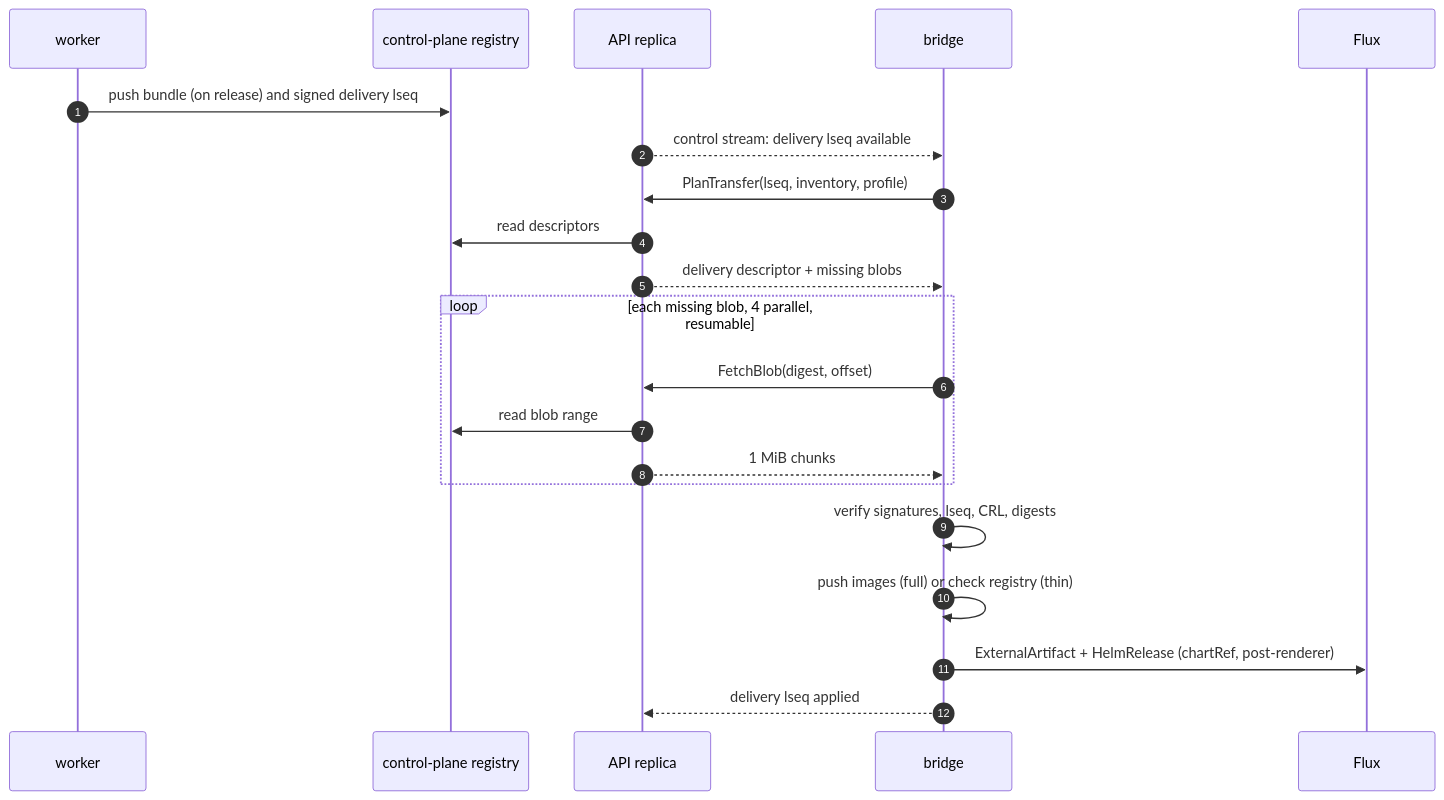
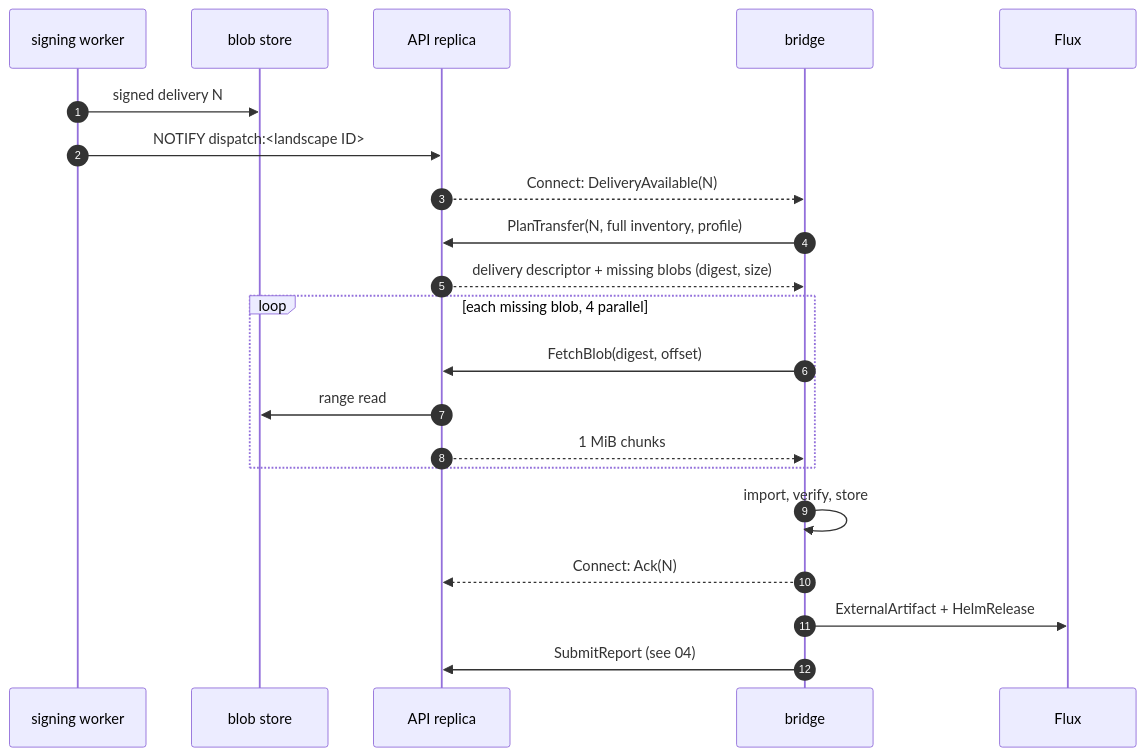
Before and after one commit to nirnanaaa/konfidence: the diagram in docs/design/03-bundles-and-transfer.md, drawn with Mermaid. The commit also changed other lines of this file and 12 other files, not shown here.

Commit message:
docs(design): apply adversarial review, add roadmap and ADR-0001

````diff
--- a/docs/design/03-bundles-and-transfer.md
+++ b/docs/design/03-bundles-and-transfer.md
@@ -209,23 +146,23 @@
 ```mermaid
 sequenceDiagram
     autonumber
-    participant W as worker
-    participant R as control-plane registry
+    participant S as signing worker
+    participant BS as blob store
     participant A as API replica
     participant B as bridge
     participant F as Flux
-    W->>R: push bundle (on release) and signed delivery lseq
-    A-->>B: control stream: delivery lseq available
-    B->>A: PlanTransfer(lseq, inventory, profile)
-    A->>R: read descriptors
-    A-->>B: delivery descriptor + missing blobs
-    loop each missing blob, 4 parallel, resumable
+    S->>BS: signed delivery N
+    S->>A: NOTIFY dispatch:<landscape ID>
+    A-->>B: Connect: DeliveryAvailable(N)
+    B->>A: PlanTransfer(N, full inventory, profile)
+    A-->>B: delivery descriptor + missing blobs (digest, size)
+    loop each missing blob, 4 parallel
         B->>A: FetchBlob(digest, offset)
-        A->>R: read blob range
+        A->>BS: range read
         A-->>B: 1 MiB chunks
     end
-    B->>B: verify signatures, lseq, CRL, digests
-    B->>B: push images (full) or check registry (thin)
-    B->>F: ExternalArtifact + HelmRelease (chartRef, post-renderer)
-    B-->>A: delivery lseq applied
+    B->>B: import, verify, store
+    B-->>A: Connect: Ack(N)
+    B->>F: ExternalArtifact + HelmRelease
+    B->>A: SubmitReport (see 04)
 ```
````
